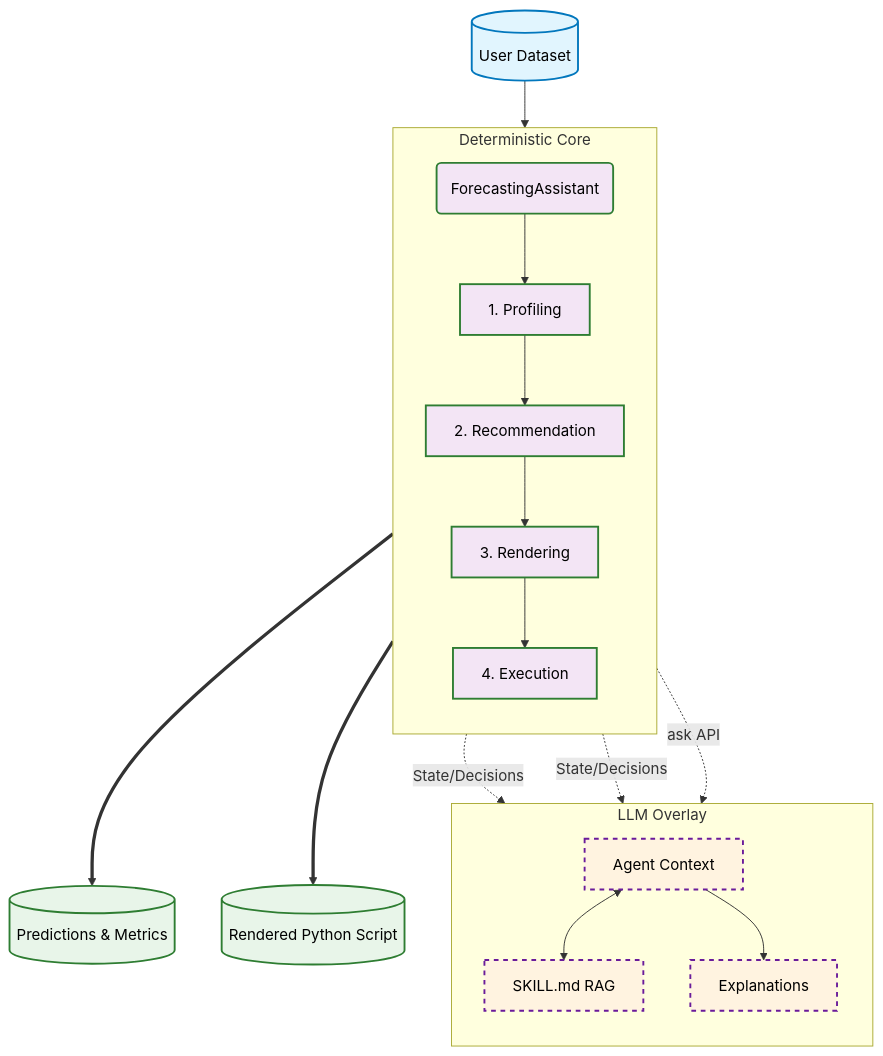
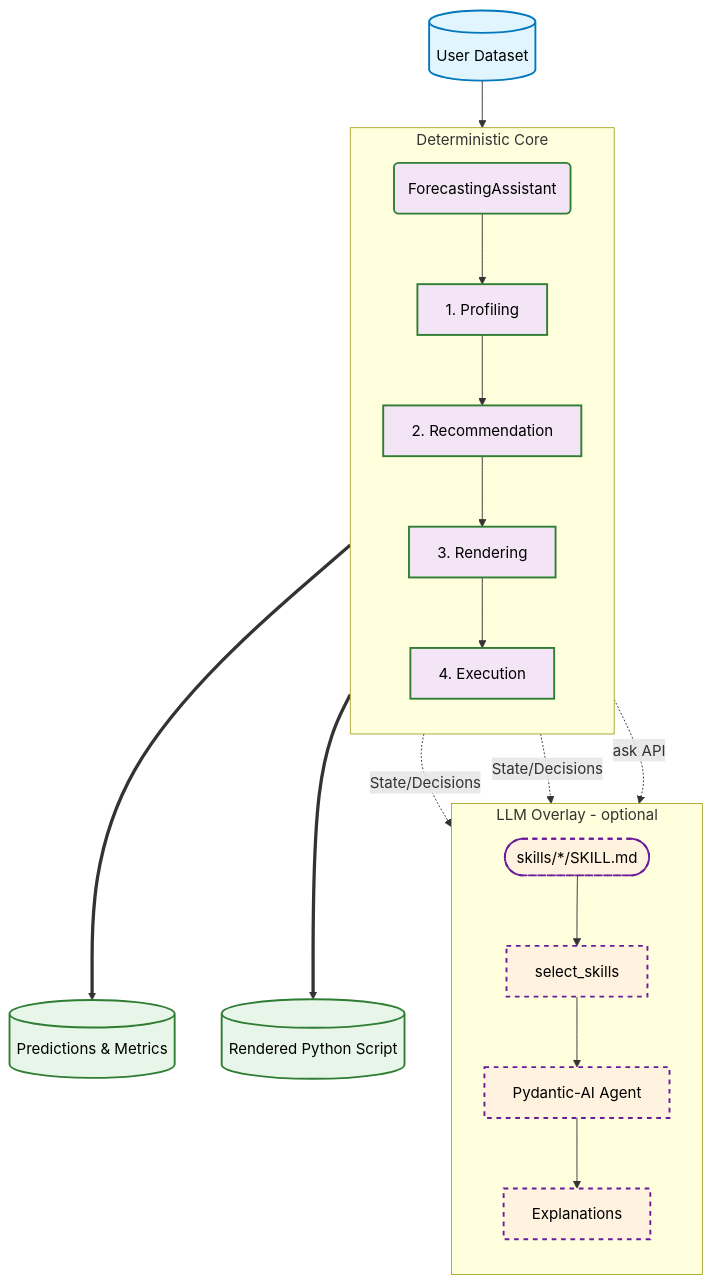
Before and after one commit to skforecast/skforecast-ai: the first of 8 diagrams in docs/user_guides/architecture-and-logic.md, drawn with Mermaid. The commit also changed other lines of this file, not shown here.

````diff
--- a/docs/user_guides/architecture-and-logic.md
+++ b/docs/user_guides/architecture-and-logic.md
@@ -13,35 +13,36 @@
 ```mermaid
 flowchart TD
     %% Styling
     classDef data fill:#e1f5fe,stroke:#0277bd,stroke-width:2px,color:#000
     classDef core fill:#f3e5f5,stroke:#2e7d32,stroke-width:2px,color:#000
     classDef llm fill:#fff3e0,stroke:#6a1b9a,stroke-width:2px,stroke-dasharray: 5 5,color:#000
     classDef output fill:#e8f5e9,stroke:#2e7d32,stroke-width:2px,color:#000
 
     A[(User Dataset)]:::data --> B(ForecastingAssistant):::core
-    
-    subgraph Deterministic Core
+
+    subgraph Deterministic_Core[Deterministic Core]
         direction TB
         B --> C[1. Profiling]:::core
         C --> D[2. Recommendation]:::core
         D --> E[3. Rendering]:::core
         E --> F[4. Execution]:::core
     end
-    
-    subgraph LLM Overlay
+
+    subgraph LLM_Overlay[LLM Overlay - optional]
         direction TB
-        CTX[Agent Context]:::llm
-        RAG[SKILL.md RAG]:::llm
+        SK([skills/*/SKILL.md]):::llm
+        SEL[select_skills]:::llm
+        AG[Pydantic-AI Agent]:::llm
         EXP[Explanations]:::llm
     end
 
     %% Interactions
-    C -. State/Decisions .-> CTX
-    D -. State/Decisions .-> CTX
-    CTX <--> RAG
-    CTX --> EXP
-    B -.->|ask API| CTX
-    
+    C -. State/Decisions .-> AG
+    D -. State/Decisions .-> AG
+    SK --> SEL --> AG
+    B -.->|ask API| AG
+    AG --> EXP
+
     F ==> G[(Predictions & Metrics)]:::output
     F ==> H[(Rendered Python Script)]:::output
 ```
````
